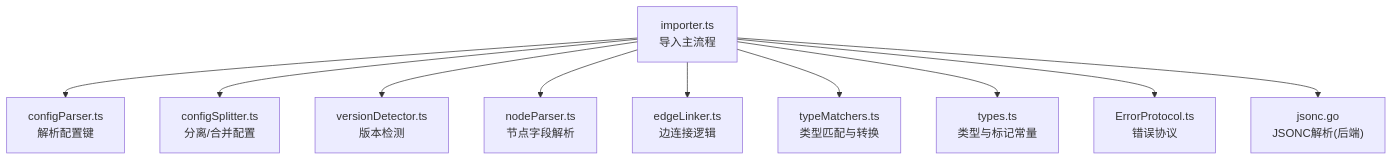
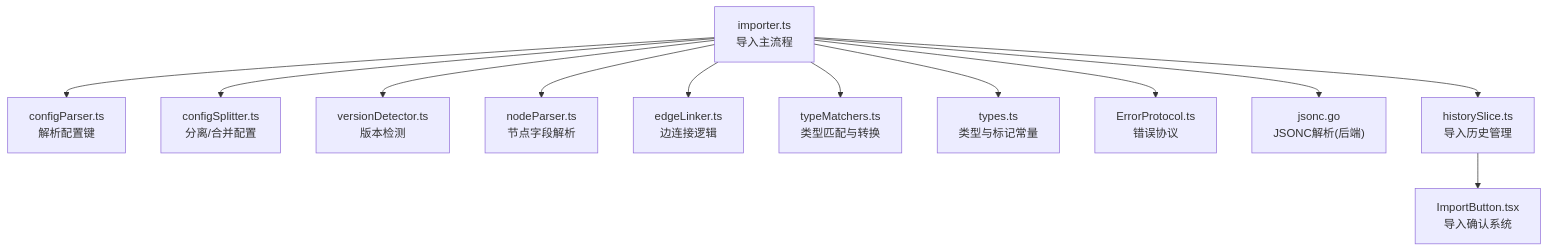
One commit to kqcoxn/MaaPipelineEditor changed the first of 10 diagrams in .qoder/repowiki/zh/content/解析器系统/导入器模块.md. Above: the diagram before and after it, drawn with Mermaid. The commit also changed other lines of this file and 37 other files, not shown here.

````diff
--- a/.qoder/repowiki/zh/content/解析器系统/导入器模块.md
+++ b/.qoder/repowiki/zh/content/解析器系统/导入器模块.md
@@ -53,12 +68,14 @@
 ```mermaid
 graph TB
 A["importer.ts<br/>导入主流程"] --> B["configParser.ts<br/>解析配置键"]
 A --> C["configSplitter.ts<br/>分离/合并配置"]
 A --> D["versionDetector.ts<br/>版本检测"]
 A --> E["nodeParser.ts<br/>节点字段解析"]
 A --> F["edgeLinker.ts<br/>边连接逻辑"]
 A --> G["typeMatchers.ts<br/>类型匹配与转换"]
 A --> H["types.ts<br/>类型与标记常量"]
 A --> I["ErrorProtocol.ts<br/>错误协议"]
 A --> J["jsonc.go<br/>JSONC解析(后端)"]
+A --> K["historySlice.ts<br/>导入历史管理"]
+K --> L["ImportButton.tsx<br/>导入确认系统"]
 ```
````
